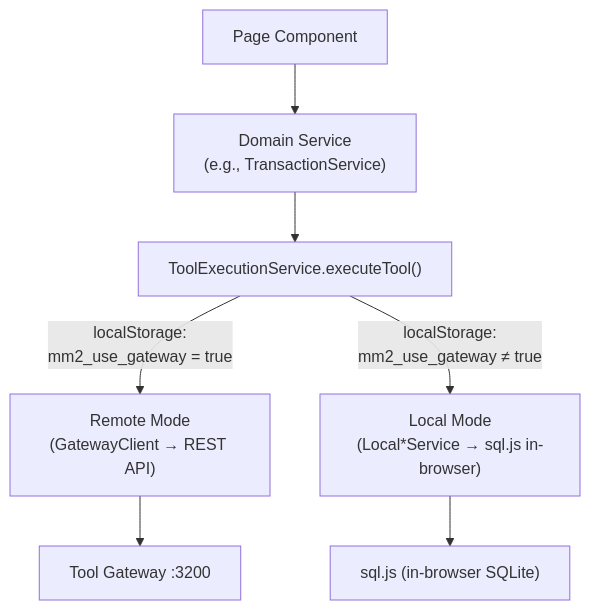
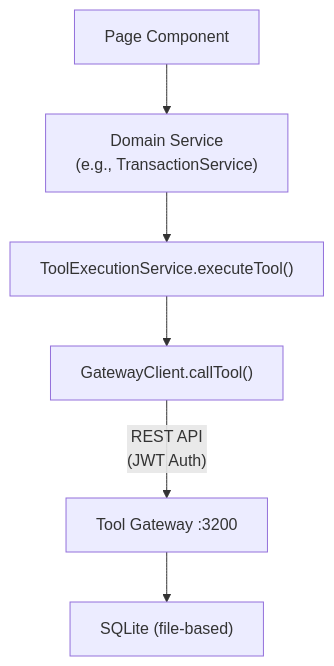
Before and after one commit to lechautu/money-manager: the second of 9 diagrams in system_architecture.md, drawn with Mermaid. The commit also changed other lines of this file, not shown here.

Commit message:
docs: update system_architecture.md - remove dual-mode, add thin-client + new password tools

````diff
--- a/system_architecture.md
+++ b/system_architecture.md
@@ -115,11 +104,8 @@
 ```mermaid
 flowchart TD
     Page["Page Component"] --> Service["Domain Service\n(e.g., TransactionService)"]
     Service --> TES["ToolExecutionService.executeTool()"]
-
-    TES -->|"localStorage:\nmm2_use_gateway = true"| Remote["Remote Mode\n(GatewayClient → REST API)"]
-    TES -->|"localStorage:\nmm2_use_gateway ≠ true"| Local["Local Mode\n(Local*Service → sql.js in-browser)"]
-
-    Remote --> GW["Tool Gateway :3200"]
-    Local --> SqlJs["sql.js (in-browser SQLite)"]
+    TES --> GC["GatewayClient.callTool()"]
+    GC -->|"REST API\n(JWT Auth)"| GW["Tool Gateway :3200"]
+    GW --> DB["SQLite (file-based)"]
 ```
````
